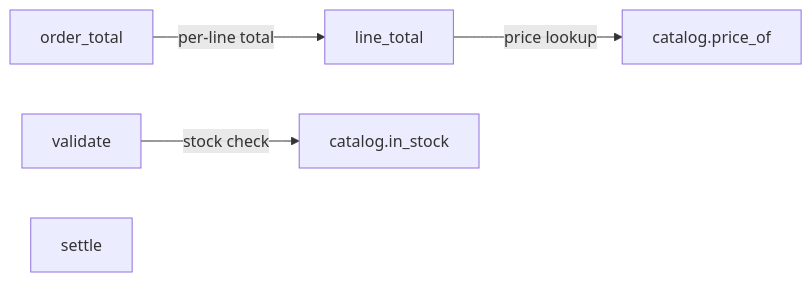
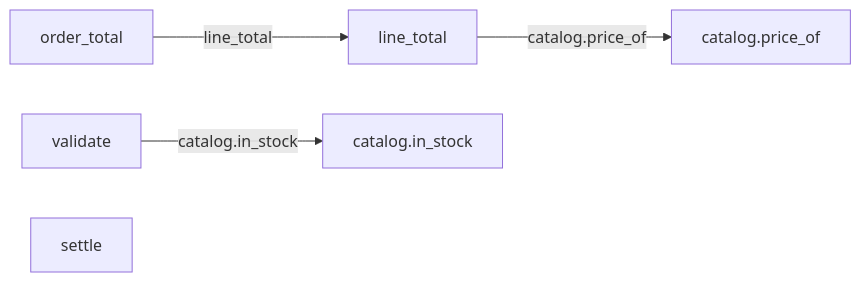
Before and after one commit to vishalc412/bible-mode-b-test: the diagram in codebase-analysis/lld/orders/orders.md, drawn with Mermaid. The commit also changed 9 other files, not shown here.

````diff
--- a/codebase-analysis/lld/orders/orders.md
+++ b/codebase-analysis/lld/orders/orders.md
@@ -36,12 +36,12 @@
 ```mermaid
 flowchart LR
-  line_total["line_total"]
-  order_total["order_total"]
+  lineTotal["line_total"]
+  orderTotal["order_total"]
   validate["validate"]
   settle["settle"]
-  catalog_price["catalog.price_of"]
-  catalog_stock["catalog.in_stock"]
-  line_total -->|"price lookup"| catalog_price
-  order_total -->|"per-line total"| line_total
-  validate -->|"stock check"| catalog_stock
+  catalogPrice["catalog.price_of"]
+  catalogStock["catalog.in_stock"]
+  lineTotal -->|"catalog.price_of"| catalogPrice
+  orderTotal -->|"line_total"| lineTotal
+  validate -->|"catalog.in_stock"| catalogStock
 ```
````
